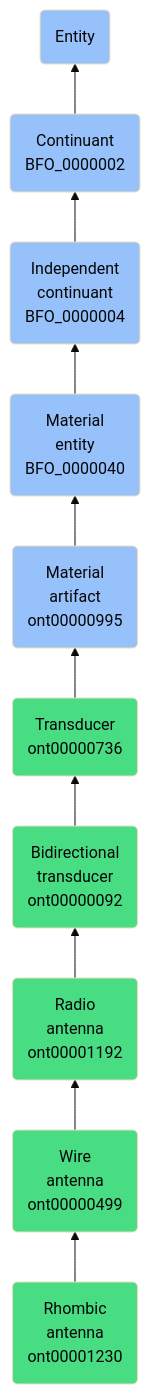
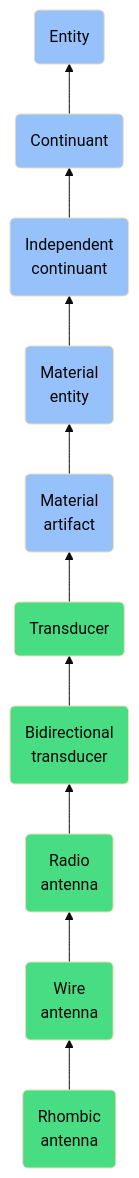
One commit to jupyter-naas/abi changed the diagram in docs/ontology/reference/model/Entity/Continuant/Independent continuant/Material entity/Material artifact/Transducer/Bidirectional transducer/Radio antenna/Wire antenna/Rhombic antenna/Rhombic antenna.md. Above: the diagram before and after it, drawn with Mermaid (base theme). The commit also changed other lines of this file and 1430 other files, not shown here.

````diff
--- a/docs/ontology/reference/model/Entity/Continuant/Independent continuant/Material entity/Material artifact/Transducer/Bidirectional transducer/Radio antenna/Wire antenna/Rhombic antenna/Rhombic antenna.md
+++ b/docs/ontology/reference/model/Entity/Continuant/Independent continuant/Material entity/Material artifact/Transducer/Bidirectional transducer/Radio antenna/Wire antenna/Rhombic antenna/Rhombic antenna.md
@@ -24,17 +24,17 @@
 ```mermaid
 graph BT
-    ont00001230(Rhombic<br>antenna<br>ont00001230):::ABI-->ont00000499
-    ont00000499(Wire<br>antenna<br>ont00000499):::ABI-->ont00001192
-    ont00001192(Radio<br>antenna<br>ont00001192):::ABI-->ont00000092
-    ont00000092(Bidirectional<br>transducer<br>ont00000092):::ABI-->ont00000736
-    ont00000736(Transducer<br>ont00000736):::ABI-->ont00000995
-    ont00000995(Material<br>artifact<br>ont00000995):::BFO-->BFO_0000040
-    BFO_0000040(Material<br>entity<br>BFO_0000040):::BFO-->BFO_0000004
-    BFO_0000004(Independent<br>continuant<br>BFO_0000004):::BFO-->BFO_0000002
-    BFO_0000002(Continuant<br>BFO_0000002):::BFO-->BFO_0000001
+    ont00001230(Rhombic<br>antenna):::ABI-->ont00000499
+    ont00000499(Wire<br>antenna):::ABI-->ont00001192
+    ont00001192(Radio<br>antenna):::ABI-->ont00000092
+    ont00000092(Bidirectional<br>transducer):::ABI-->ont00000736
+    ont00000736(Transducer):::ABI-->ont00000995
+    ont00000995(Material<br>artifact):::BFO-->BFO_0000040
+    BFO_0000040(Material<br>entity):::BFO-->BFO_0000004
+    BFO_0000004(Independent<br>continuant):::BFO-->BFO_0000002
+    BFO_0000002(Continuant):::BFO-->BFO_0000001
     BFO_0000001(Entity):::BFO
     
     classDef BFO fill:#97c1fb,color:#060606
     classDef CCO fill:#e4c51e,color:#060606
     classDef ABI fill:#48DD82,color:#060606
 ```
````
